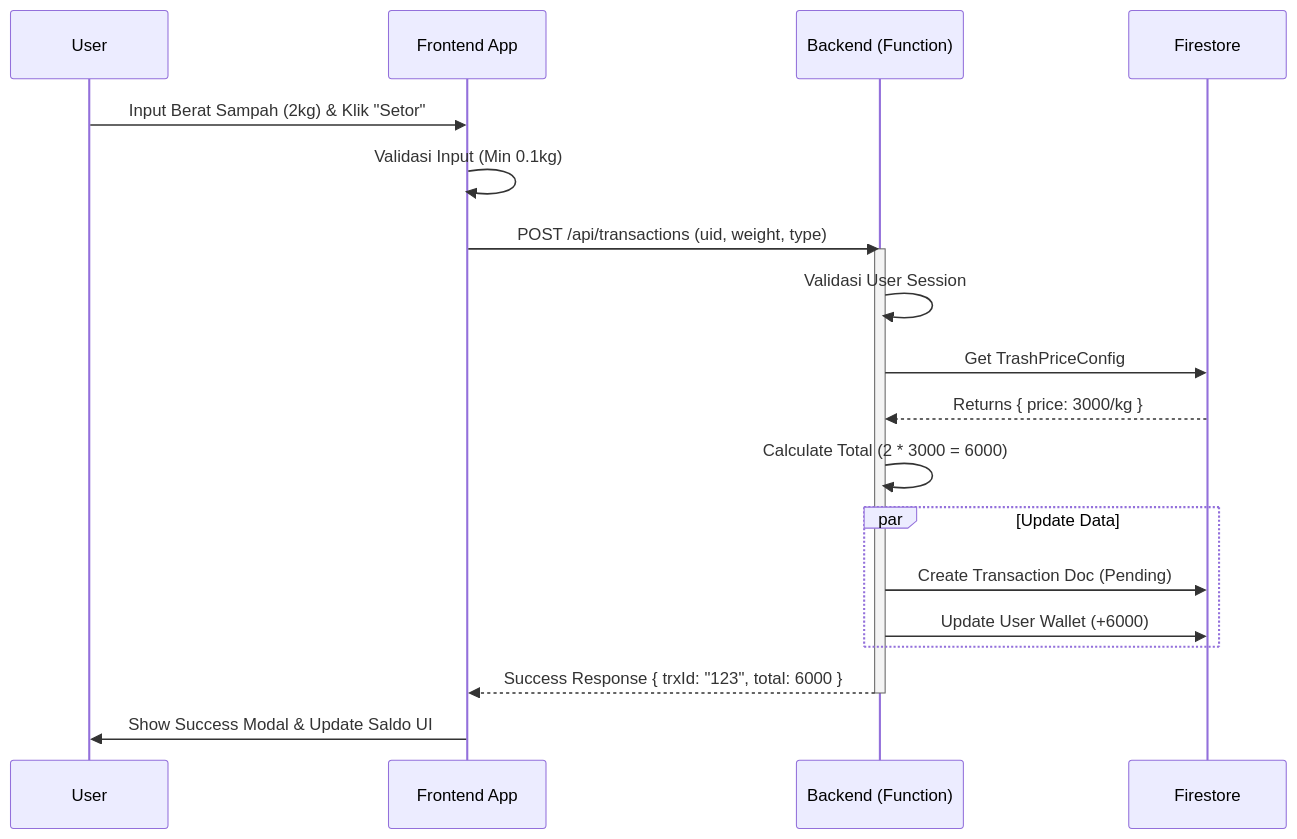
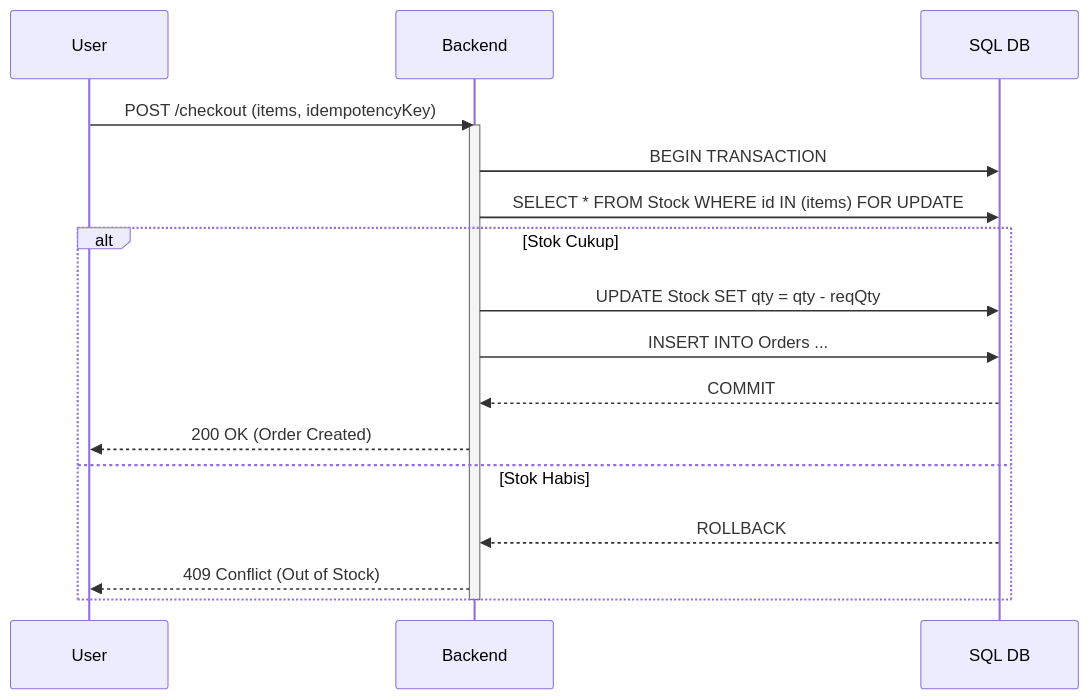
Before and after one commit to rezaldwntr/vibe-coder-handbook: the diagram in src/content/docs/modul-2/architecture.md, drawn with Mermaid. The commit also changed other lines of this file and 17 other files, not shown here.

````diff
--- a/src/content/docs/modul-2/architecture.md
+++ b/src/content/docs/modul-2/architecture.md
@@ -49,26 +50,22 @@
 ```mermaid
 sequenceDiagram
     participant U as User
-    participant FE as Frontend App
-    participant BE as Backend (Function)
-    participant DB as Firestore
-
-    U->>FE: Input Berat Sampah (2kg) & Klik "Setor"
-    FE->>FE: Validasi Input (Min 0.1kg)
-    FE->>BE: POST /api/transactions (uid, weight, type)
+    participant BE as Backend
+    participant DB as SQL DB
+    
+    U->>BE: POST /checkout (items, idempotencyKey)
     activate BE
-    BE->>BE: Validasi User Session
-    BE->>DB: Get TrashPriceConfig
-    DB-->>BE: Returns { price: 3000/kg }
-    BE->>BE: Calculate Total (2 * 3000 = 6000)
+    BE->>DB: BEGIN TRANSACTION
+    BE->>DB: SELECT * FROM Stock WHERE id IN (items) FOR UPDATE
     
-    par Update Data
-        BE->>DB: Create Transaction Doc (Pending)
-        BE->>DB: Update User Wallet (+6000)
+    alt Stok Cukup
+        BE->>DB: UPDATE Stock SET qty = qty - reqQty
+        BE->>DB: INSERT INTO Orders ...
+        DB-->>BE: COMMIT
+        BE-->>U: 200 OK (Order Created)
+    else Stok Habis
+        DB-->>BE: ROLLBACK
+        BE-->>U: 409 Conflict (Out of Stock)
     end
-    
-    BE-->>FE: Success Response { trxId: "123", total: 6000 }
     deactivate BE
-    
-    FE->>U: Show Success Modal & Update Saldo UI
 ```
````
